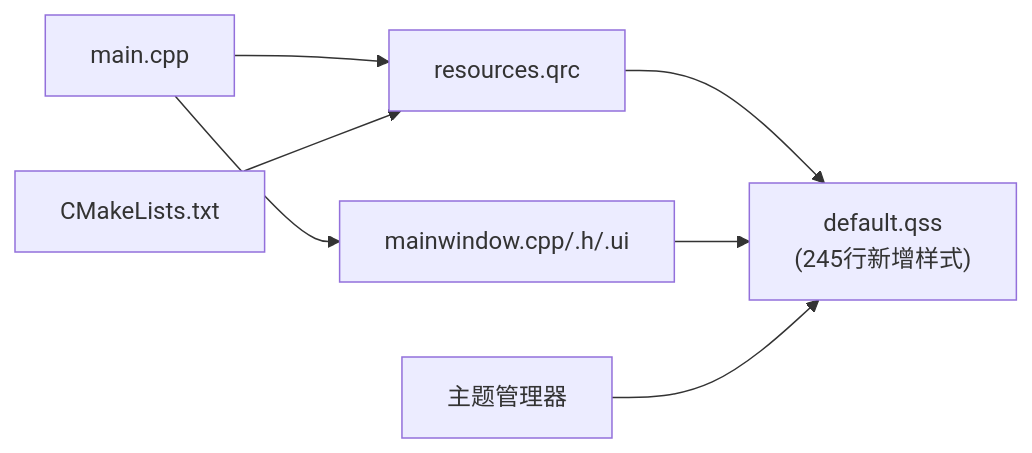
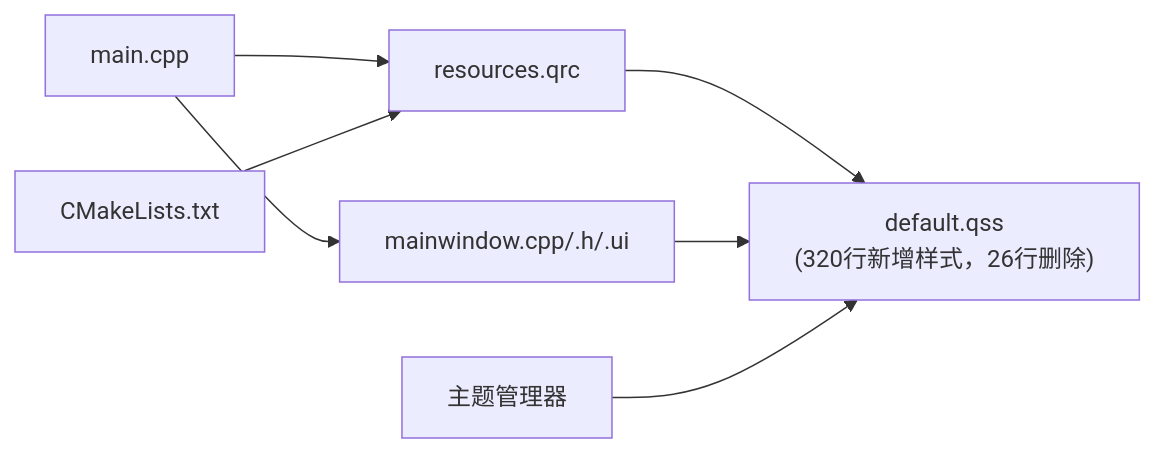
One commit to jakecai1225-design/OpenBus changed the third of 4 diagrams in .qoder/repowiki/zh/content/样式系统.md. Above: the diagram before and after it, drawn with Mermaid. The commit also changed other lines of this file and 44 other files, not shown here.

````diff
--- a/.qoder/repowiki/zh/content/样式系统.md
+++ b/.qoder/repowiki/zh/content/样式系统.md
@@ -201,9 +201,9 @@
 ```mermaid
 graph LR
 Main["main.cpp"] --> QRC["resources.qrc"]
-QRC --> QSS["default.qss<br/>(245行新增样式)"]
+QRC --> QSS["default.qss<br/>(320行新增样式，26行删除)"]
 Main --> UI["mainwindow.cpp/.h/.ui"]
 CMake["CMakeLists.txt"] --> QRC
 UI --> QSS
 ThemeMgr["主题管理器"] --> QSS
 ```
````
